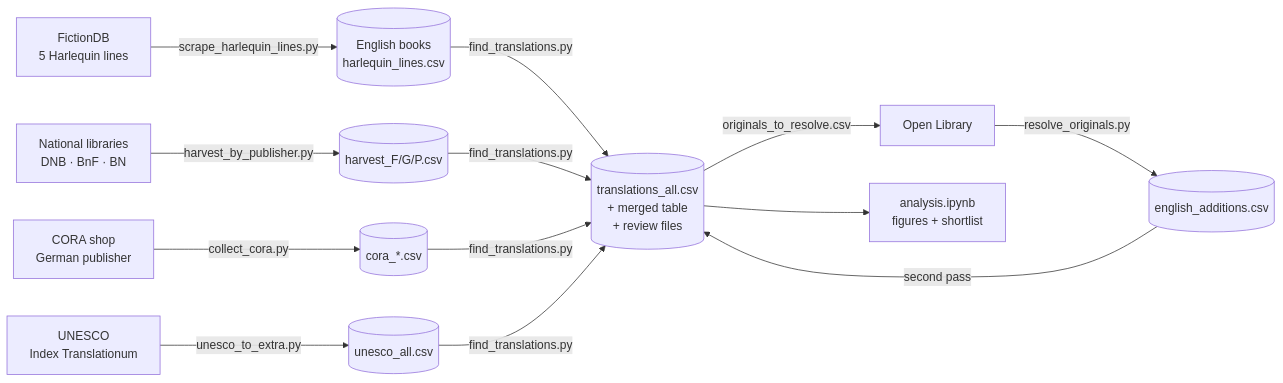
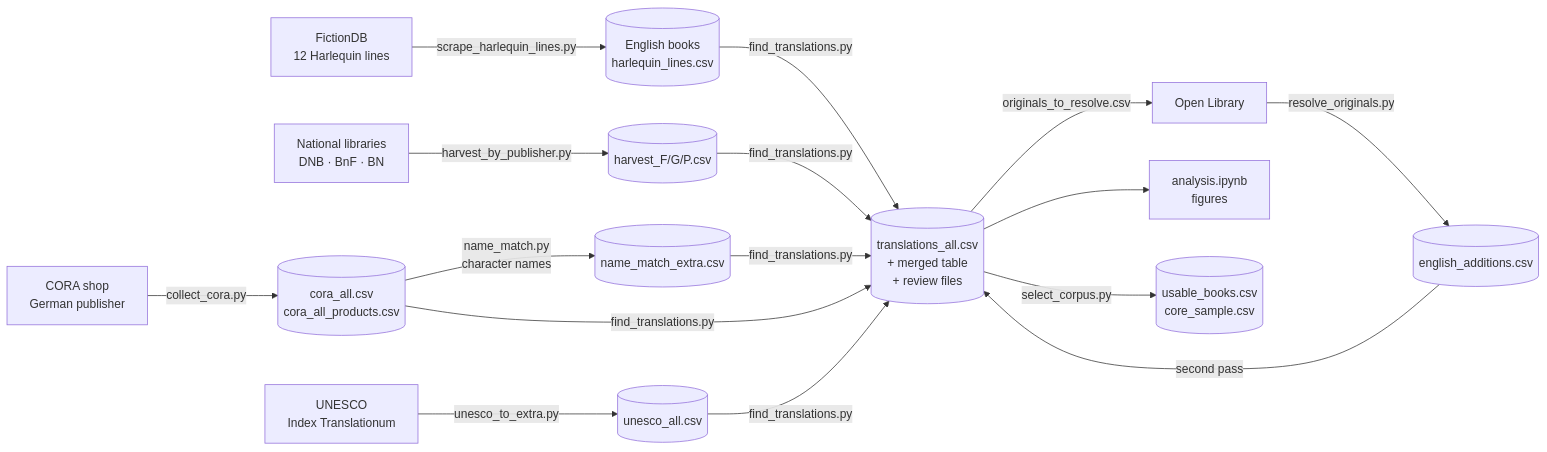
Before and after one commit to SvenjaGuhr/Harlequin_Translations: the diagram in README.md, drawn with Mermaid. The commit also changed other lines of this file and 2 other files, not shown here.

````diff
--- a/README.md
+++ b/README.md
@@ -15,12 +15,14 @@
 ```mermaid
 flowchart LR
-    A[FictionDB<br/>5 Harlequin lines] -->|scrape_harlequin_lines.py| E[(English books<br/>harlequin_lines.csv)]
+    A[FictionDB<br/>12 Harlequin lines] -->|scrape_harlequin_lines.py| E[(English books<br/>harlequin_lines.csv)]
     B[National libraries<br/>DNB · BnF · BN] -->|harvest_by_publisher.py| H[(harvest_F/G/P.csv)]
-    C[CORA shop<br/>German publisher] -->|collect_cora.py| K[(cora_*.csv)]
+    C[CORA shop<br/>German publisher] -->|collect_cora.py| K[(cora_all.csv<br/>cora_all_products.csv)]
+    K -->|name_match.py<br/>character names| M[(name_match_extra.csv)]
     D[UNESCO<br/>Index Translationum] -->|unesco_to_extra.py| U[(unesco_all.csv)]
-    E & H & K & U -->|find_translations.py| T[(translations_all.csv<br/>+ merged table<br/>+ review files)]
+    E & H & K & U & M -->|find_translations.py| T[(translations_all.csv<br/>+ merged table<br/>+ review files)]
     T -->|originals_to_resolve.csv| R[Open Library]
     R -->|resolve_originals.py| X[(english_additions.csv)]
     X -->|second pass| T
-    T --> N[analysis.ipynb<br/>figures + shortlist]
+    T --> N[analysis.ipynb<br/>figures]
+    T -->|select_corpus.py| S[(usable_books.csv<br/>core_sample.csv)]
 ```
````
